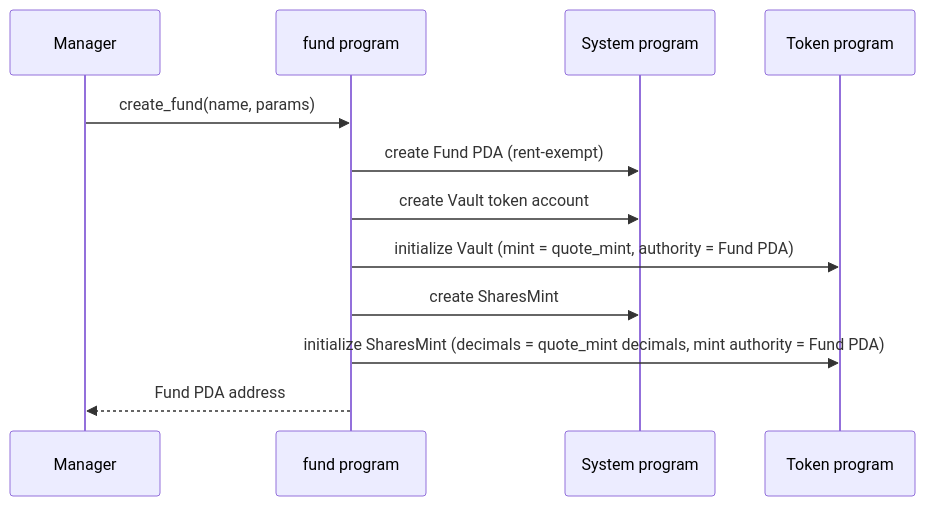
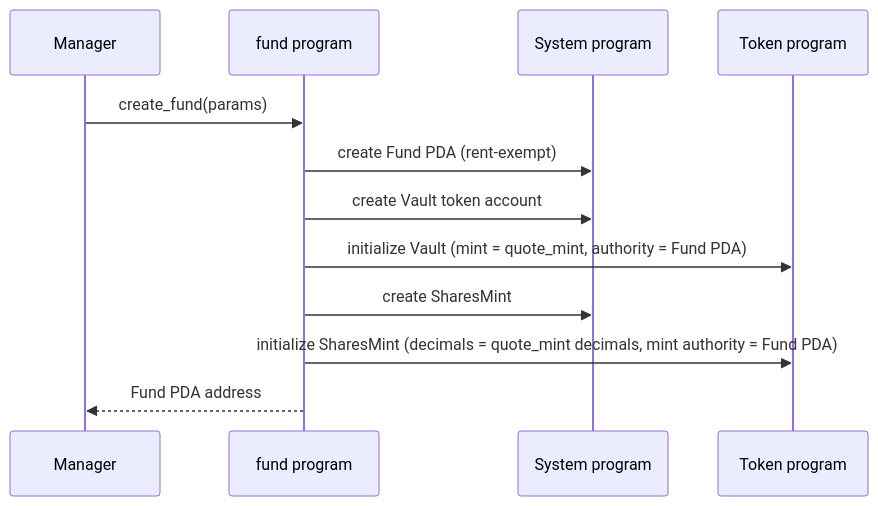
One commit to dataclique/fund changed the first of 2 diagrams in programs/fund/SPEC.md. Above: the diagram before and after it, drawn with Mermaid. The commit also changed other lines of this file and 3 other files, not shown here.

First line of the commit message:
docs: spec create_fund and Anchor essentials (#6)

````diff
--- a/programs/fund/SPEC.md
+++ b/programs/fund/SPEC.md
@@ -70,15 +76,15 @@
 ```mermaid
 sequenceDiagram
     participant Manager
     participant Program as fund program
     participant System as System program
     participant Token as Token program
 
-    Manager->>Program: create_fund(name, params)
+    Manager->>Program: create_fund(params)
     Program->>System: create Fund PDA (rent-exempt)
     Program->>System: create Vault token account
     Program->>Token: initialize Vault (mint = quote_mint, authority = Fund PDA)
     Program->>System: create SharesMint
     Program->>Token: initialize SharesMint (decimals = quote_mint decimals, mint authority = Fund PDA)
     Program-->>Manager: Fund PDA address
 ```
````
